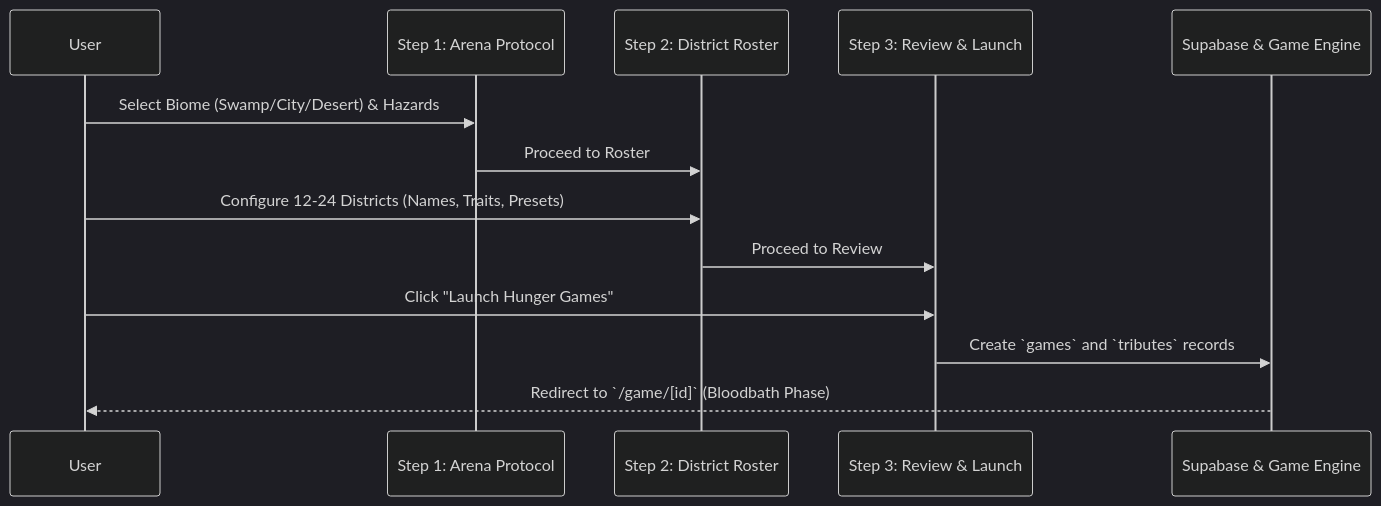
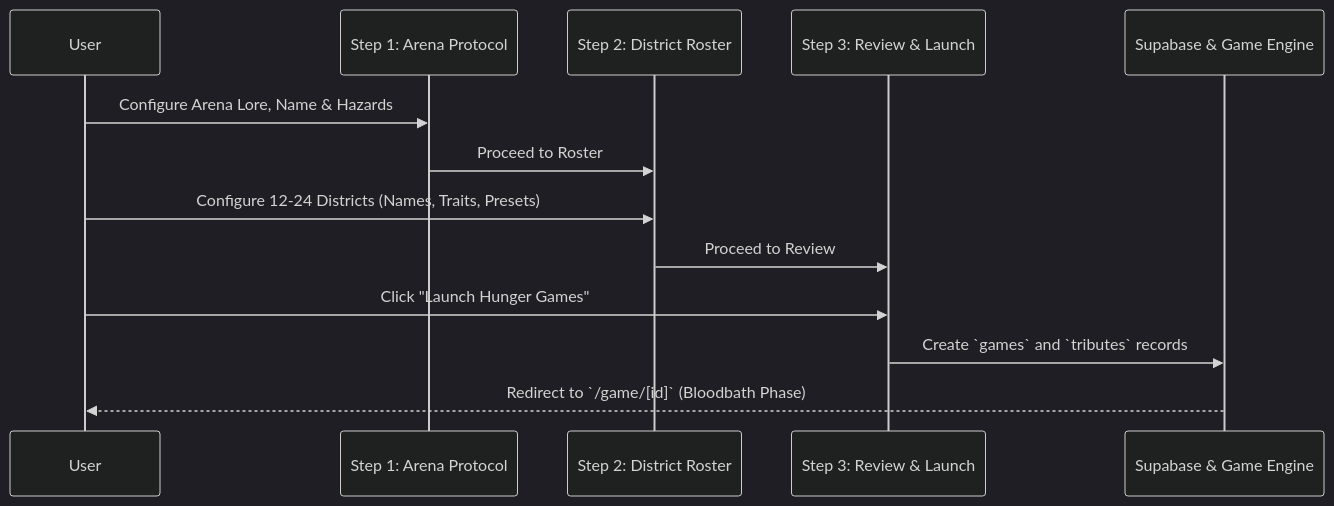
Before and after one commit to JeremiDuran/hunger-games-ai: the second of 2 diagrams in docs/routes_and_ux_flow.md, drawn with Mermaid (dark theme). The commit also changed other lines of this file and 19 other files, not shown here.

````diff
--- a/docs/routes_and_ux_flow.md
+++ b/docs/routes_and_ux_flow.md
@@ -94,16 +94,16 @@
 ```mermaid
 sequenceDiagram
     participant User
     participant Step1 as Step 1: Arena Protocol
     participant Step2 as Step 2: District Roster
     participant Step3 as Step 3: Review & Launch
     participant Engine as Supabase & Game Engine
 
-    User->>Step1: Select Biome (Swamp/City/Desert) & Hazards
+    User->>Step1: Configure Arena Lore, Name & Hazards
     Step1->>Step2: Proceed to Roster
     User->>Step2: Configure 12-24 Districts (Names, Traits, Presets)
     Step2->>Step3: Proceed to Review
     User->>Step3: Click "Launch Hunger Games"
     Step3->>Engine: Create `games` and `tributes` records
     Engine-->>User: Redirect to `/game/[id]` (Bloodbath Phase)
 ```
````
